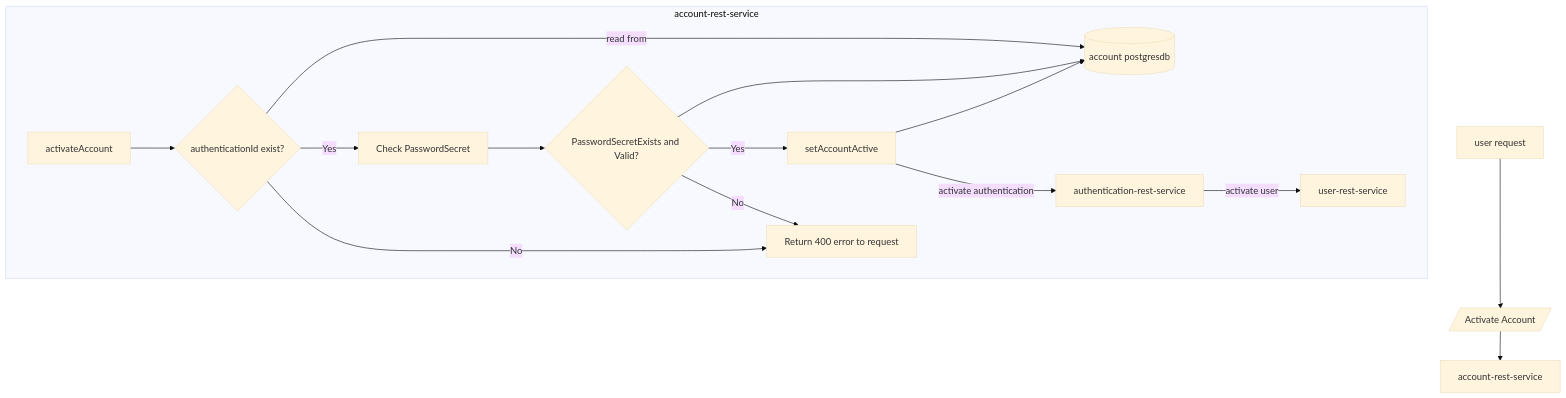
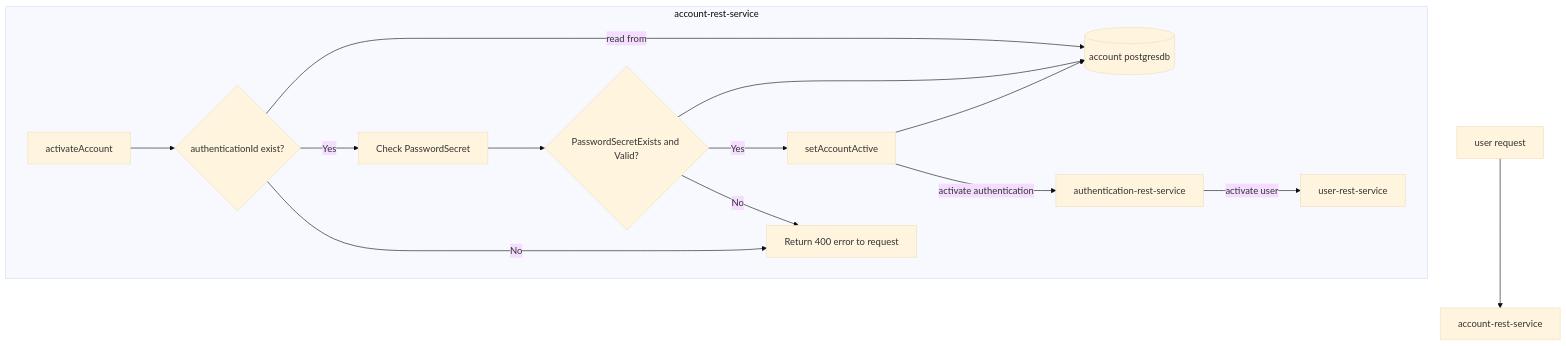
Before and after one commit to sonamsamdupkhangsar/account-rest-service: the second of 8 diagrams in README.md, drawn with Mermaid (base theme).

````diff
--- a/README.md
+++ b/README.md
@@ -90,23 +90,23 @@
 ```mermaid
 flowchart TD
-  User[user request] -->Activate[/Activate Account/]--> account-rest-service
+  User[user request] --> account-rest-service
    
   subgraph account-rest-service    
     
   activateAccount --> authenticationIdExists{authenticationId exist?}
   
   authenticationIdExists --"read from"--> accountDb[(account postgresdb)]
   
   authenticationIdExists --> |Yes| passwordSecretCheck[Check PasswordSecret]
   authenticationIdExists --> |No| ReturnError[Return 400 error to request]
   
   passwordSecretCheck --> passwordSecretValid{PasswordSecretExists and Valid?}
   
   passwordSecretValid --> accountDb
   passwordSecretValid -->|Yes| setAccountActive   
   setAccountActive --> accountDb
   setAccountActive --"activate authentication"--> activateAuthentication[authentication-rest-service] 
   passwordSecretValid -->|No| ReturnError
   activateAuthentication --"activate user"--> activateUser["user-rest-service"]
   end 
 ```  
````
